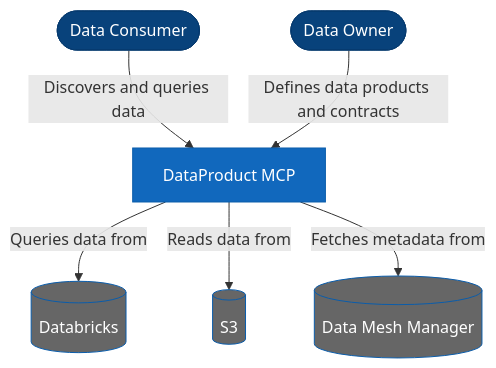
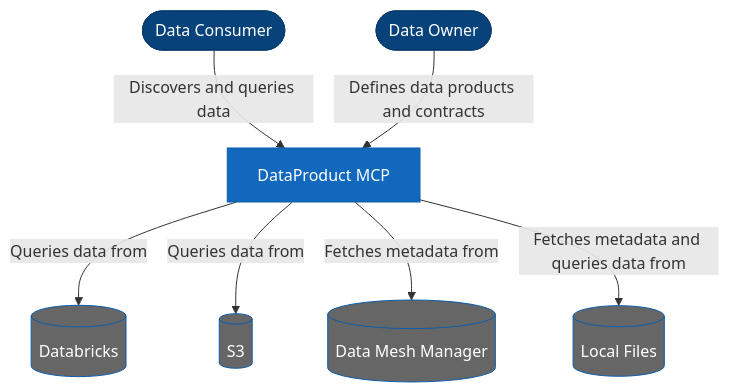
Before and after one commit to datacontract/datacontract-mcp: the diagram in c4/context.mmd, drawn with Mermaid. The commit also changed 2 other files, not shown here.

```diff
--- a/c4/context.mmd
+++ b/c4/context.mmd
@@ -1,24 +1,26 @@
 graph TD
     User([Data Consumer])
     DataOwner([Data Owner])
     
     DataProduct[DataProduct MCP]
     
     Databricks[(Databricks)]
     S3[(S3)]
     DataMeshManager[(Data Mesh Manager)]
+    LocalFiles[(Local Files)]
     
     User -->|Discovers and queries data| DataProduct
     DataOwner -->|Defines data products and contracts| DataProduct
     DataProduct -->|Queries data from| Databricks
-    DataProduct -->|Reads data from| S3
+    DataProduct -->|Queries data from| S3
     DataProduct -->|Fetches metadata from| DataMeshManager
+    DataProduct -->|Fetches metadata and queries data from| LocalFiles
     
     %% Styling
     classDef person fill:#08427B,stroke:#073B6F,color:#fff
     classDef system fill:#1168BD,stroke:#0B5DAB,color:#fff
     classDef external fill:#666666,stroke:#0B5DAB,color:#fff
     
     class User,DataOwner person
     class DataProduct system
-    class Databricks,S3,DataMeshManager external
+    class Databricks,S3,DataMeshManager,LocalFiles external
```
